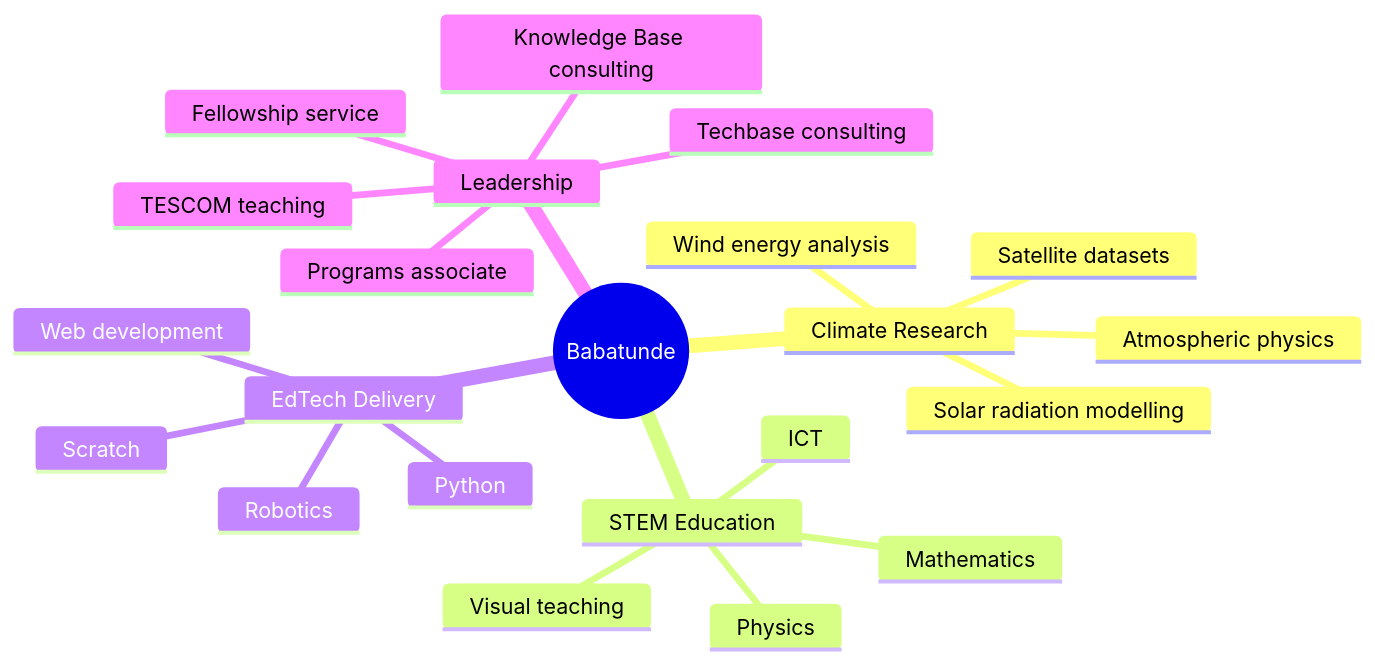
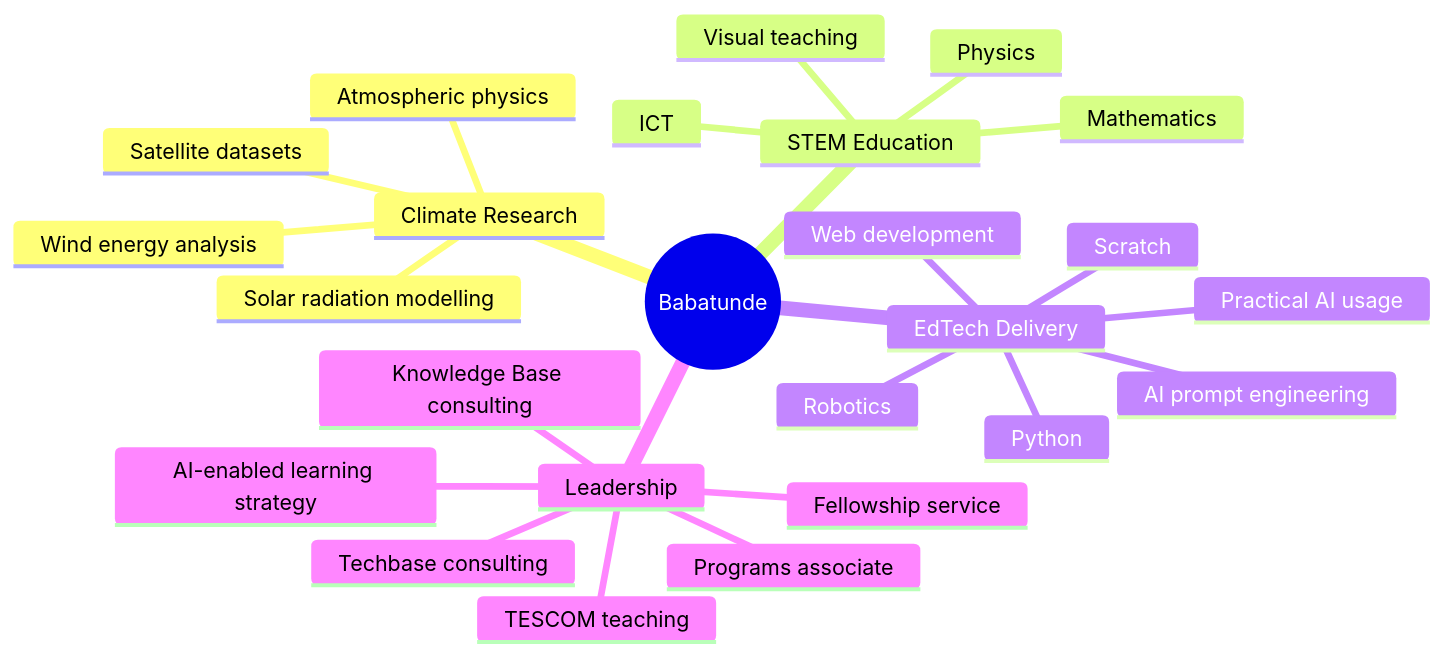
Before and after one commit to babatundeawo/babatundeawo: the first of 2 diagrams in README.md, drawn with Mermaid. The commit also changed other lines of this file, not shown here.

````diff
--- a/README.md
+++ b/README.md
@@ -356,25 +356,28 @@
 ```mermaid
 mindmap
   root((Babatunde))
     Climate Research
       Solar radiation modelling
       Satellite datasets
       Atmospheric physics
       Wind energy analysis
     STEM Education
       Physics
       Mathematics
       ICT
       Visual teaching
     EdTech Delivery
       Python
       Scratch
       Web development
       Robotics
+      AI prompt engineering
+      Practical AI usage
     Leadership
       TESCOM teaching
       Knowledge Base consulting
       Techbase consulting
+      AI-enabled learning strategy
       Programs associate
       Fellowship service
 ```
````
